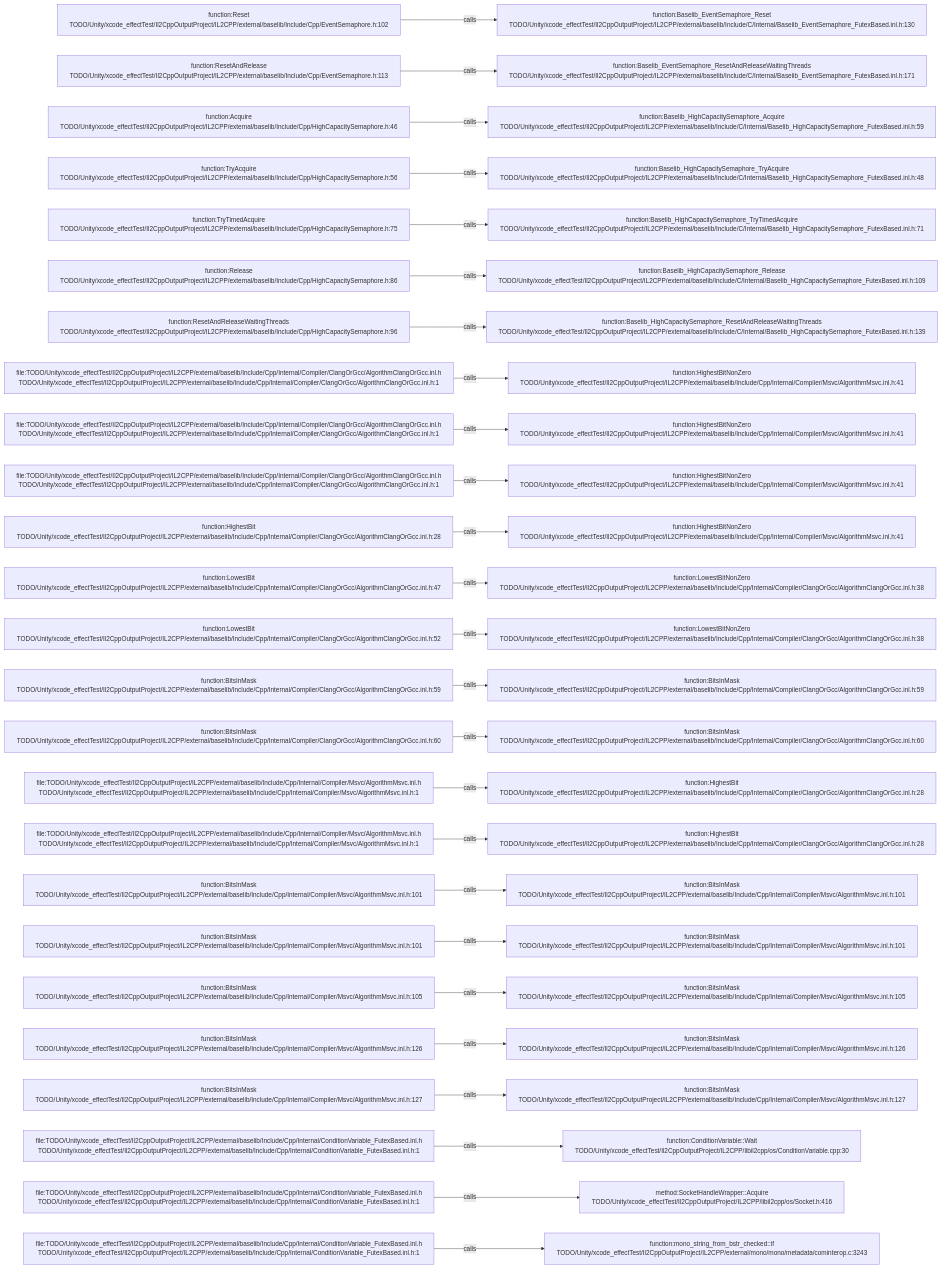
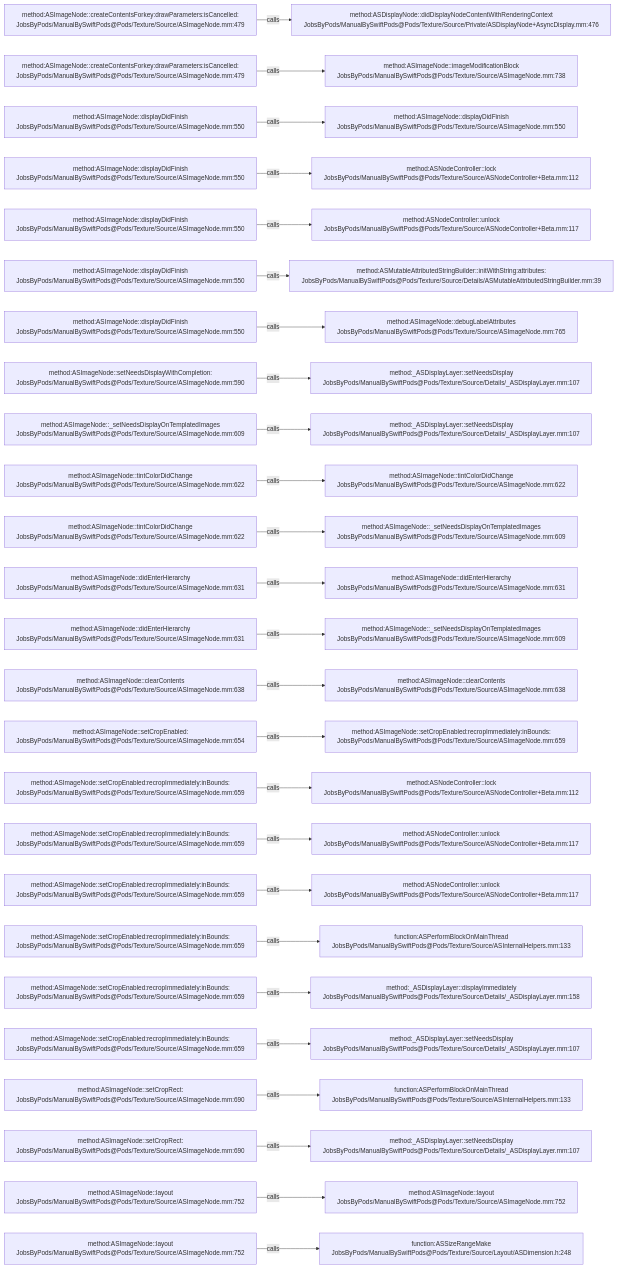
Before and after one commit to JobsKits/JobsSwiftBaseConfigDemo: the diagram in .codegraph/codegraph.md/graphs/calls-061.md, drawn with Mermaid. The commit also changed 2959 other files, not shown here.

````diff
--- a/.codegraph/codegraph.md/graphs/calls-061.md
+++ b/.codegraph/codegraph.md/graphs/calls-061.md
@@ -13,78 +13,78 @@
 ```mermaid
 flowchart LR
-  S1["function:Reset<br/>TODO/Unity/xcode_effectTest/Il2CppOutputProject/IL2CPP/external/baselib/Include/Cpp/EventSemaphore.h:102"]
-  T1["function:Baselib_EventSemaphore_Reset<br/>TODO/Unity/xcode_effectTest/Il2CppOutputProject/IL2CPP/external/baselib/Include/C/Internal/Baselib_EventSemaphore_FutexBased.inl.h:130"]
+  S1["method:ASImageNode::createContentsForkey:drawParameters:isCancelled:<br/>JobsByPods/ManualBySwiftPods@Pods/Texture/Source/ASImageNode.mm:479"]
+  T1["method:ASDisplayNode::didDisplayNodeContentWithRenderingContext<br/>JobsByPods/ManualBySwiftPods@Pods/Texture/Source/Private/ASDisplayNode+AsyncDisplay.mm:476"]
   S1 -->|calls| T1
-  S2["function:ResetAndRelease<br/>TODO/Unity/xcode_effectTest/Il2CppOutputProject/IL2CPP/external/baselib/Include/Cpp/EventSemaphore.h:113"]
-  T2["function:Baselib_EventSemaphore_ResetAndReleaseWaitingThreads<br/>TODO/Unity/xcode_effectTest/Il2CppOutputProject/IL2CPP/external/baselib/Include/C/Internal/Baselib_EventSemaphore_FutexBased.inl.h:171"]
+  S2["method:ASImageNode::createContentsForkey:drawParameters:isCancelled:<br/>JobsByPods/ManualBySwiftPods@Pods/Texture/Source/ASImageNode.mm:479"]
+  T2["method:ASImageNode::imageModificationBlock<br/>JobsByPods/ManualBySwiftPods@Pods/Texture/Source/ASImageNode.mm:738"]
   S2 -->|calls| T2
-  S3["function:Acquire<br/>TODO/Unity/xcode_effectTest/Il2CppOutputProject/IL2CPP/external/baselib/Include/Cpp/HighCapacitySemaphore.h:46"]
-  T3["function:Baselib_HighCapacitySemaphore_Acquire<br/>TODO/Unity/xcode_effectTest/Il2CppOutputProject/IL2CPP/external/baselib/Include/C/Internal/Baselib_HighCapacitySemaphore_FutexBased.inl.h:59"]
+  S3["method:ASImageNode::displayDidFinish<br/>JobsByPods/ManualBySwiftPods@Pods/Texture/Source/ASImageNode.mm:550"]
+  T3["method:ASImageNode::displayDidFinish<br/>JobsByPods/ManualBySwiftPods@Pods/Texture/Source/ASImageNode.mm:550"]
   S3 -->|calls| T3
-  S4["function:TryAcquire<br/>TODO/Unity/xcode_effectTest/Il2CppOutputProject/IL2CPP/external/baselib/Include/Cpp/HighCapacitySemaphore.h:56"]
-  T4["function:Baselib_HighCapacitySemaphore_TryAcquire<br/>TODO/Unity/xcode_effectTest/Il2CppOutputProject/IL2CPP/external/baselib/Include/C/Internal/Baselib_HighCapacitySemaphore_FutexBased.inl.h:48"]
+  S4["method:ASImageNode::displayDidFinish<br/>JobsByPods/ManualBySwiftPods@Pods/Texture/Source/ASImageNode.mm:550"]
+  T4["method:ASNodeController::lock<br/>JobsByPods/ManualBySwiftPods@Pods/Texture/Source/ASNodeController+Beta.mm:112"]
   S4 -->|calls| T4
-  S5["function:TryTimedAcquire<br/>TODO/Unity/xcode_effectTest/Il2CppOutputProject/IL2CPP/external/baselib/Include/Cpp/HighCapacitySemaphore.h:75"]
-  T5["function:Baselib_HighCapacitySemaphore_TryTimedAcquire<br/>TODO/Unity/xcode_effectTest/Il2CppOutputProject/IL2CPP/external/baselib/Include/C/Internal/Baselib_HighCapacitySemaphore_FutexBased.inl.h:71"]
+  S5["method:ASImageNode::displayDidFinish<br/>JobsByPods/ManualBySwiftPods@Pods/Texture/Source/ASImageNode.mm:550"]
+  T5["method:ASNodeController::unlock<br/>JobsByPods/ManualBySwiftPods@Pods/Texture/Source/ASNodeController+Beta.mm:117"]
   S5 -->|calls| T5
-  S6["function:Release<br/>TODO/Unity/xcode_effectTest/Il2CppOutputProject/IL2CPP/external/baselib/Include/Cpp/HighCapacitySemaphore.h:86"]
-  T6["function:Baselib_HighCapacitySemaphore_Release<br/>TODO/Unity/xcode_effectTest/Il2CppOutputProject/IL2CPP/external/baselib/Include/C/Internal/Baselib_HighCapacitySemaphore_FutexBased.inl.h:109"]
+  S6["method:ASImageNode::displayDidFinish<br/>JobsByPods/ManualBySwiftPods@Pods/Texture/Source/ASImageNode.mm:550"]
+  T6["method:ASMutableAttributedStringBuilder::initWithString:attributes:<br/>JobsByPods/ManualBySwiftPods@Pods/Texture/Source/Details/ASMutableAttributedStringBuilder.mm:39"]
   S6 -->|calls| T6
-  S7["function:ResetAndReleaseWaitingThreads<br/>TODO/Unity/xcode_effectTest/Il2CppOutputProject/IL2CPP/external/baselib/Include/Cpp/HighCapacitySemaphore.h:96"]
-  T7["function:Baselib_HighCapacitySemaphore_ResetAndReleaseWaitingThreads<br/>TODO/Unity/xcode_effectTest/Il2CppOutputProject/IL2CPP/external/baselib/Include/C/Internal/Baselib_HighCapacitySemaphore_FutexBased.inl.h:139"]
+  S7["method:ASImageNode::displayDidFinish<br/>JobsByPods/ManualBySwiftPods@Pods/Texture/Source/ASImageNode.mm:550"]
+  T7["method:ASImageNode::debugLabelAttributes<br/>JobsByPods/ManualBySwiftPods@Pods/Texture/Source/ASImageNode.mm:765"]
   S7 -->|calls| T7
-  S8["file:TODO/Unity/xcode_effectTest/Il2CppOutputProject/IL2CPP/external/baselib/Include/Cpp/Internal/Compiler/ClangOrGcc/AlgorithmClangOrGcc.inl.h<br/>TODO/Unity/xcode_effectTest/Il2CppOutputProject/IL2CPP/external/baselib/Include/Cpp/Internal/Compiler/ClangOrGcc/AlgorithmClangOrGcc.inl.h:1"]
-  T8["function:HighestBitNonZero<br/>TODO/Unity/xcode_effectTest/Il2CppOutputProject/IL2CPP/external/baselib/Include/Cpp/Internal/Compiler/Msvc/AlgorithmMsvc.inl.h:41"]
+  S8["method:ASImageNode::setNeedsDisplayWithCompletion:<br/>JobsByPods/ManualBySwiftPods@Pods/Texture/Source/ASImageNode.mm:590"]
+  T8["method:_ASDisplayLayer::setNeedsDisplay<br/>JobsByPods/ManualBySwiftPods@Pods/Texture/Source/Details/_ASDisplayLayer.mm:107"]
   S8 -->|calls| T8
-  S9["file:TODO/Unity/xcode_effectTest/Il2CppOutputProject/IL2CPP/external/baselib/Include/Cpp/Internal/Compiler/ClangOrGcc/AlgorithmClangOrGcc.inl.h<br/>TODO/Unity/xcode_effectTest/Il2CppOutputProject/IL2CPP/external/baselib/Include/Cpp/Internal/Compiler/ClangOrGcc/AlgorithmClangOrGcc.inl.h:1"]
-  T9["function:HighestBitNonZero<br/>TODO/Unity/xcode_effectTest/Il2CppOutputProject/IL2CPP/external/baselib/Include/Cpp/Internal/Compiler/Msvc/AlgorithmMsvc.inl.h:41"]
+  S9["method:ASImageNode::_setNeedsDisplayOnTemplatedImages<br/>JobsByPods/ManualBySwiftPods@Pods/Texture/Source/ASImageNode.mm:609"]
+  T9["method:_ASDisplayLayer::setNeedsDisplay<br/>JobsByPods/ManualBySwiftPods@Pods/Texture/Source/Details/_ASDisplayLayer.mm:107"]
   S9 -->|calls| T9
-  S10["file:TODO/Unity/xcode_effectTest/Il2CppOutputProject/IL2CPP/external/baselib/Include/Cpp/Internal/Compiler/ClangOrGcc/AlgorithmClangOrGcc.inl.h<br/>TODO/Unity/xcode_effectTest/Il2CppOutputProject/IL2CPP/external/baselib/Include/Cpp/Internal/Compiler/ClangOrGcc/AlgorithmClangOrGcc.inl.h:1"]
-  T10["function:HighestBitNonZero<br/>TODO/Unity/xcode_effectTest/Il2CppOutputProject/IL2CPP/external/baselib/Include/Cpp/Internal/Compiler/Msvc/AlgorithmMsvc.inl.h:41"]
+  S10["method:ASImageNode::tintColorDidChange<br/>JobsByPods/ManualBySwiftPods@Pods/Texture/Source/ASImageNode.mm:622"]
+  T10["method:ASImageNode::tintColorDidChange<br/>JobsByPods/ManualBySwiftPods@Pods/Texture/Source/ASImageNode.mm:622"]
   S10 -->|calls| T10
-  S11["function:HighestBit<br/>TODO/Unity/xcode_effectTest/Il2CppOutputProject/IL2CPP/external/baselib/Include/Cpp/Internal/Compiler/ClangOrGcc/AlgorithmClangOrGcc.inl.h:28"]
-  T11["function:HighestBitNonZero<br/>TODO/Unity/xcode_effectTest/Il2CppOutputProject/IL2CPP/external/baselib/Include/Cpp/Internal/Compiler/Msvc/AlgorithmMsvc.inl.h:41"]
+  S11["method:ASImageNode::tintColorDidChange<br/>JobsByPods/ManualBySwiftPods@Pods/Texture/Source/ASImageNode.mm:622"]
+  T11["method:ASImageNode::_setNeedsDisplayOnTemplatedImages<br/>JobsByPods/ManualBySwiftPods@Pods/Texture/Source/ASImageNode.mm:609"]
   S11 -->|calls| T11
-  S12["function:LowestBit<br/>TODO/Unity/xcode_effectTest/Il2CppOutputProject/IL2CPP/external/baselib/Include/Cpp/Internal/Compiler/ClangOrGcc/AlgorithmClangOrGcc.inl.h:47"]
-  T12["function:LowestBitNonZero<br/>TODO/Unity/xcode_effectTest/Il2CppOutputProject/IL2CPP/external/baselib/Include/Cpp/Internal/Compiler/ClangOrGcc/AlgorithmClangOrGcc.inl.h:38"]
+  S12["method:ASImageNode::didEnterHierarchy<br/>JobsByPods/ManualBySwiftPods@Pods/Texture/Source/ASImageNode.mm:631"]
+  T12["method:ASImageNode::didEnterHierarchy<br/>JobsByPods/ManualBySwiftPods@Pods/Texture/Source/ASImageNode.mm:631"]
   S12 -->|calls| T12
-  S13["function:LowestBit<br/>TODO/Unity/xcode_effectTest/Il2CppOutputProject/IL2CPP/external/baselib/Include/Cpp/Internal/Compiler/ClangOrGcc/AlgorithmClangOrGcc.inl.h:52"]
-  T13["function:LowestBitNonZero<br/>TODO/Unity/xcode_effectTest/Il2CppOutputProject/IL2CPP/external/baselib/Include/Cpp/Internal/Compiler/ClangOrGcc/AlgorithmClangOrGcc.inl.h:38"]
+  S13["method:ASImageNode::didEnterHierarchy<br/>JobsByPods/ManualBySwiftPods@Pods/Texture/Source/ASImageNode.mm:631"]
+  T13["method:ASImageNode::_setNeedsDisplayOnTemplatedImages<br/>JobsByPods/ManualBySwiftPods@Pods/Texture/Source/ASImageNode.mm:609"]
   S13 -->|calls| T13
-  S14["function:BitsInMask<br/>TODO/Unity/xcode_effectTest/Il2CppOutputProject/IL2CPP/external/baselib/Include/Cpp/Internal/Compiler/ClangOrGcc/AlgorithmClangOrGcc.inl.h:59"]
-  T14["function:BitsInMask<br/>TODO/Unity/xcode_effectTest/Il2CppOutputProject/IL2CPP/external/baselib/Include/Cpp/Internal/Compiler/ClangOrGcc/AlgorithmClangOrGcc.inl.h:59"]
+  S14["method:ASImageNode::clearContents<br/>JobsByPods/ManualBySwiftPods@Pods/Texture/Source/ASImageNode.mm:638"]
+  T14["method:ASImageNode::clearContents<br/>JobsByPods/ManualBySwiftPods@Pods/Texture/Source/ASImageNode.mm:638"]
   S14 -->|calls| T14
-  S15["function:BitsInMask<br/>TODO/Unity/xcode_effectTest/Il2CppOutputProject/IL2CPP/external/baselib/Include/Cpp/Internal/Compiler/ClangOrGcc/AlgorithmClangOrGcc.inl.h:60"]
-  T15["function:BitsInMask<br/>TODO/Unity/xcode_effectTest/Il2CppOutputProject/IL2CPP/external/baselib/Include/Cpp/Internal/Compiler/ClangOrGcc/AlgorithmClangOrGcc.inl.h:60"]
+  S15["method:ASImageNode::setCropEnabled:<br/>JobsByPods/ManualBySwiftPods@Pods/Texture/Source/ASImageNode.mm:654"]
+  T15["method:ASImageNode::setCropEnabled:recropImmediately:inBounds:<br/>JobsByPods/ManualBySwiftPods@Pods/Texture/Source/ASImageNode.mm:659"]
   S15 -->|calls| T15
-  S16["file:TODO/Unity/xcode_effectTest/Il2CppOutputProject/IL2CPP/external/baselib/Include/Cpp/Internal/Compiler/Msvc/AlgorithmMsvc.inl.h<br/>TODO/Unity/xcode_effectTest/Il2CppOutputProject/IL2CPP/external/baselib/Include/Cpp/Internal/Compiler/Msvc/AlgorithmMsvc.inl.h:1"]
-  T16["function:HighestBit<br/>TODO/Unity/xcode_effectTest/Il2CppOutputProject/IL2CPP/external/baselib/Include/Cpp/Internal/Compiler/ClangOrGcc/AlgorithmClangOrGcc.inl.h:28"]
+  S16["method:ASImageNode::setCropEnabled:recropImmediately:inBounds:<br/>JobsByPods/ManualBySwiftPods@Pods/Texture/Source/ASImageNode.mm:659"]
+  T16["method:ASNodeController::lock<br/>JobsByPods/ManualBySwiftPods@Pods/Texture/Source/ASNodeController+Beta.mm:112"]
   S16 -->|calls| T16
-  S17["file:TODO/Unity/xcode_effectTest/Il2CppOutputProject/IL2CPP/external/baselib/Include/Cpp/Internal/Compiler/Msvc/AlgorithmMsvc.inl.h<br/>TODO/Unity/xcode_effectTest/Il2CppOutputProject/IL2CPP/external/baselib/Include/Cpp/Internal/Compiler/Msvc/AlgorithmMsvc.inl.h:1"]
-  T17["function:HighestBit<br/>TODO/Unity/xcode_effectTest/Il2CppOutputProject/IL2CPP/external/baselib/Include/Cpp/Internal/Compiler/ClangOrGcc/AlgorithmClangOrGcc.inl.h:28"]
+  S17["method:ASImageNode::setCropEnabled:recropImmediately:inBounds:<br/>JobsByPods/ManualBySwiftPods@Pods/Texture/Source/ASImageNode.mm:659"]
+  T17["method:ASNodeController::unlock<br/>JobsByPods/ManualBySwiftPods@Pods/Texture/Source/ASNodeController+Beta.mm:117"]
   S17 -->|calls| T17
-  S18["function:BitsInMask<br/>TODO/Unity/xcode_effectTest/Il2CppOutputProject/IL2CPP/external/baselib/Include/Cpp/Internal/Compiler/Msvc/AlgorithmMsvc.inl.h:101"]
-  T18["function:BitsInMask<br/>TODO/Unity/xcode_effectTest/Il2CppOutputProject/IL2CPP/external/baselib/Include/Cpp/Internal/Compiler/Msvc/AlgorithmMsvc.inl.h:101"]
+  S18["method:ASImageNode::setCropEnabled:recropImmediately:inBounds:<br/>JobsByPods/ManualBySwiftPods@Pods/Texture/Source/ASImageNode.mm:659"]
+  T18["method:ASNodeController::unlock<br/>JobsByPods/ManualBySwiftPods@Pods/Texture/Source/ASNodeController+Beta.mm:117"]
   S18 -->|calls| T18
-  S19["function:BitsInMask<br/>TODO/Unity/xcode_effectTest/Il2CppOutputProject/IL2CPP/external/baselib/Include/Cpp/Internal/Compiler/Msvc/AlgorithmMsvc.inl.h:101"]
-  T19["function:BitsInMask<br/>TODO/Unity/xcode_effectTest/Il2CppOutputProject/IL2CPP/external/baselib/Include/Cpp/Internal/Compiler/Msvc/AlgorithmMsvc.inl.h:101"]
+  S19["method:ASImageNode::setCropEnabled:recropImmediately:inBounds:<br/>JobsByPods/ManualBySwiftPods@Pods/Texture/Source/ASImageNode.mm:659"]
+  T19["function:ASPerformBlockOnMainThread<br/>JobsByPods/ManualBySwiftPods@Pods/Texture/Source/ASInternalHelpers.mm:133"]
   S19 -->|calls| T19
-  S20["function:BitsInMask<br/>TODO/Unity/xcode_effectTest/Il2CppOutputProject/IL2CPP/external/baselib/Include/Cpp/Internal/Compiler/Msvc/AlgorithmMsvc.inl.h:105"]
-  T20["function:BitsInMask<br/>TODO/Unity/xcode_effectTest/Il2CppOutputProject/IL2CPP/external/baselib/Include/Cpp/Internal/Compiler/Msvc/AlgorithmMsvc.inl.h:105"]
+  S20["method:ASImageNode::setCropEnabled:recropImmediately:inBounds:<br/>JobsByPods/ManualBySwiftPods@Pods/Texture/Source/ASImageNode.mm:659"]
+  T20["method:_ASDisplayLayer::displayImmediately<br/>JobsByPods/ManualBySwiftPods@Pods/Texture/Source/Details/_ASDisplayLayer.mm:158"]
   S20 -->|calls| T20
-  S21["function:BitsInMask<br/>TODO/Unity/xcode_effectTest/Il2CppOutputProject/IL2CPP/external/baselib/Include/Cpp/Internal/Compiler/Msvc/AlgorithmMsvc.inl.h:126"]
-  T21["function:BitsInMask<br/>TODO/Unity/xcode_effectTest/Il2CppOutputProject/IL2CPP/external/baselib/Include/Cpp/Internal/Compiler/Msvc/AlgorithmMsvc.inl.h:126"]
+  S21["method:ASImageNode::setCropEnabled:recropImmediately:inBounds:<br/>JobsByPods/ManualBySwiftPods@Pods/Texture/Source/ASImageNode.mm:659"]
+  T21["method:_ASDisplayLayer::setNeedsDisplay<br/>JobsByPods/ManualBySwiftPods@Pods/Texture/Source/Details/_ASDisplayLayer.mm:107"]
   S21 -->|calls| T21
-  S22["function:BitsInMask<br/>TODO/Unity/xcode_effectTest/Il2CppOutputProject/IL2CPP/external/baselib/Include/Cpp/Internal/Compiler/Msvc/AlgorithmMsvc.inl.h:127"]
-  T22["function:BitsInMask<br/>TODO/Unity/xcode_effectTest/Il2CppOutputProject/IL2CPP/external/baselib/Include/Cpp/Internal/Compiler/Msvc/AlgorithmMsvc.inl.h:127"]
+  S22["method:ASImageNode::setCropRect:<br/>JobsByPods/ManualBySwiftPods@Pods/Texture/Source/ASImageNode.mm:690"]
+  T22["function:ASPerformBlockOnMainThread<br/>JobsByPods/ManualBySwiftPods@Pods/Texture/Source/ASInternalHelpers.mm:133"]
   S22 -->|calls| T22
-  S23["file:TODO/Unity/xcode_effectTest/Il2CppOutputProject/IL2CPP/external/baselib/Include/Cpp/Internal/ConditionVariable_FutexBased.inl.h<br/>TODO/Unity/xcode_effectTest/Il2CppOutputProject/IL2CPP/external/baselib/Include/Cpp/Internal/ConditionVariable_FutexBased.inl.h:1"]
-  T23["function:ConditionVariable::Wait<br/>TODO/Unity/xcode_effectTest/Il2CppOutputProject/IL2CPP/libil2cpp/os/ConditionVariable.cpp:30"]
+  S23["method:ASImageNode::setCropRect:<br/>JobsByPods/ManualBySwiftPods@Pods/Texture/Source/ASImageNode.mm:690"]
+  T23["method:_ASDisplayLayer::setNeedsDisplay<br/>JobsByPods/ManualBySwiftPods@Pods/Texture/Source/Details/_ASDisplayLayer.mm:107"]
   S23 -->|calls| T23
-  S24["file:TODO/Unity/xcode_effectTest/Il2CppOutputProject/IL2CPP/external/baselib/Include/Cpp/Internal/ConditionVariable_FutexBased.inl.h<br/>TODO/Unity/xcode_effectTest/Il2CppOutputProject/IL2CPP/external/baselib/Include/Cpp/Internal/ConditionVariable_FutexBased.inl.h:1"]
-  T24["method:SocketHandleWrapper::Acquire<br/>TODO/Unity/xcode_effectTest/Il2CppOutputProject/IL2CPP/libil2cpp/os/Socket.h:416"]
+  S24["method:ASImageNode::layout<br/>JobsByPods/ManualBySwiftPods@Pods/Texture/Source/ASImageNode.mm:752"]
+  T24["method:ASImageNode::layout<br/>JobsByPods/ManualBySwiftPods@Pods/Texture/Source/ASImageNode.mm:752"]
   S24 -->|calls| T24
-  S25["file:TODO/Unity/xcode_effectTest/Il2CppOutputProject/IL2CPP/external/baselib/Include/Cpp/Internal/ConditionVariable_FutexBased.inl.h<br/>TODO/Unity/xcode_effectTest/Il2CppOutputProject/IL2CPP/external/baselib/Include/Cpp/Internal/ConditionVariable_FutexBased.inl.h:1"]
-  T25["function:mono_string_from_bstr_checked::if<br/>TODO/Unity/xcode_effectTest/Il2CppOutputProject/IL2CPP/external/mono/mono/metadata/cominterop.c:3243"]
+  S25["method:ASImageNode::layout<br/>JobsByPods/ManualBySwiftPods@Pods/Texture/Source/ASImageNode.mm:752"]
+  T25["function:ASSizeRangeMake<br/>JobsByPods/ManualBySwiftPods@Pods/Texture/Source/Layout/ASDimension.h:248"]
   S25 -->|calls| T25
 ```
````
